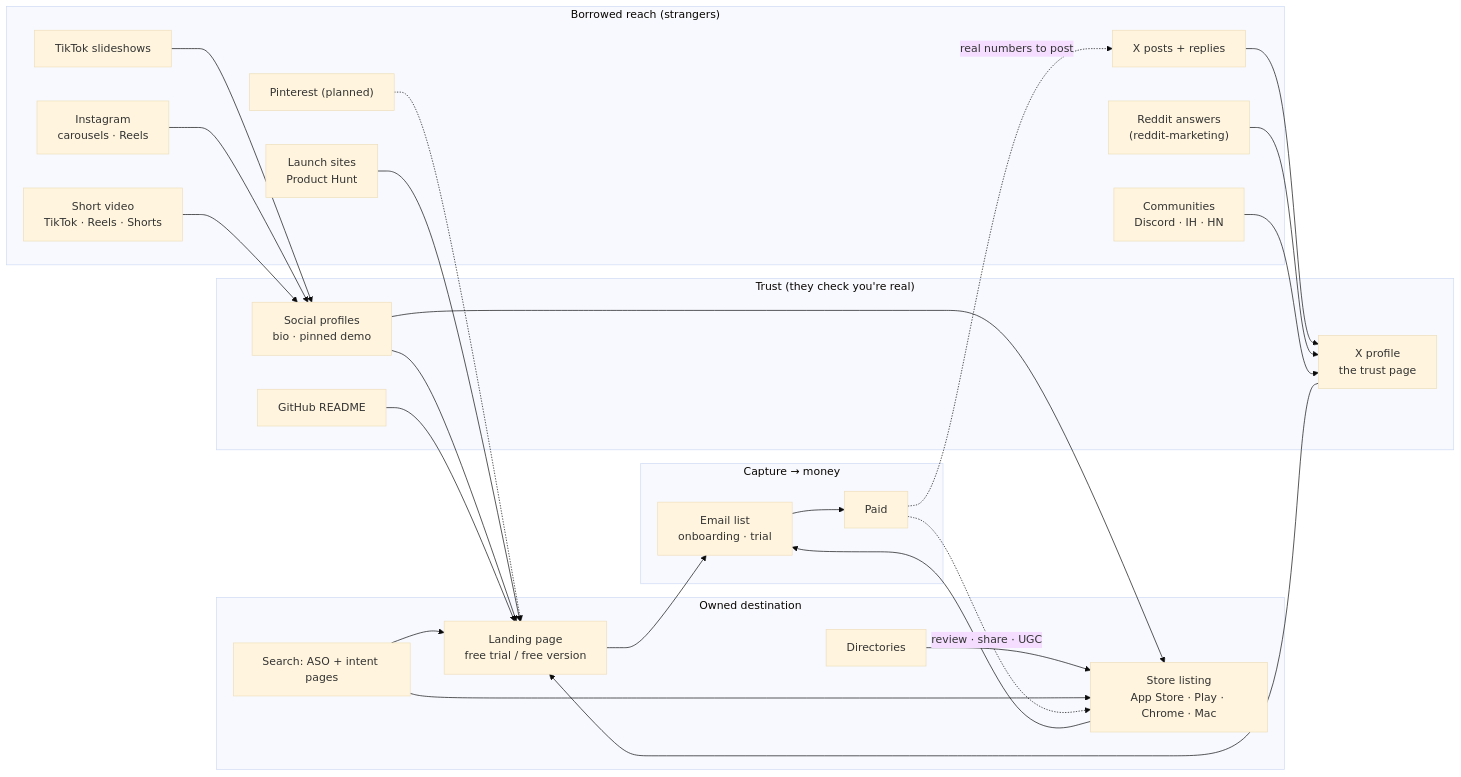
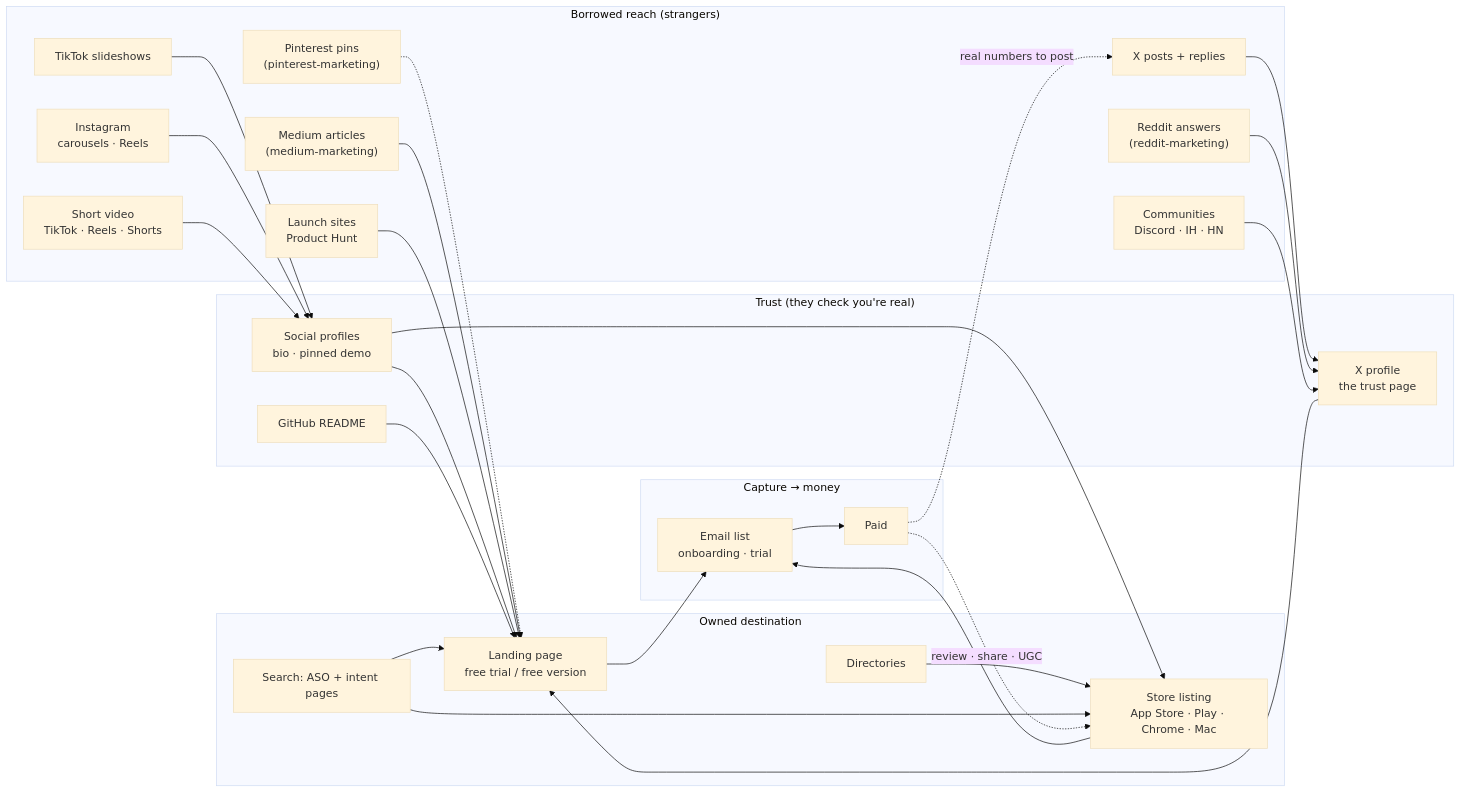
One commit to OneClickTool/product-growth-playbook changed the first of 3 diagrams in marketing/README-marketing-social.md. Above: the diagram before and after it, drawn with Mermaid (base theme). The commit also changed other lines of this file and 56 other files, not shown here.

First line of the commit message:
docs(marketing): add pinterest and medium kits and the instagram dm skill

````diff
--- a/marketing/README-marketing-social.md
+++ b/marketing/README-marketing-social.md
@@ -29,48 +30,50 @@
 ```mermaid
 flowchart LR
     subgraph REACH["Borrowed reach (strangers)"]
         TT["TikTok slideshows"]
         IG["Instagram<br/>carousels · Reels"]
         X["X posts + replies"]
         SV["Short video<br/>TikTok · Reels · Shorts"]
         RD["Reddit answers<br/>(reddit-marketing)"]
+        MD["Medium articles<br/>(medium-marketing)"]
         CM["Communities<br/>Discord · IH · HN"]
         PH["Launch sites<br/>Product Hunt"]
-        PI["Pinterest (planned)"]
+        PI["Pinterest pins<br/>(pinterest-marketing)"]
     end
     subgraph TRUST["Trust (they check you're real)"]
         PR["Social profiles<br/>bio · pinned demo"]
         XP["X profile<br/>the trust page"]
         GH["GitHub README"]
     end
     subgraph OWN["Owned destination"]
         LP["Landing page<br/>free trial / free version"]
         ST["Store listing<br/>App Store · Play · Chrome · Mac"]
         DIR["Directories"]
         SEO["Search: ASO + intent pages"]
     end
     subgraph MONEY["Capture → money"]
         EM["Email list<br/>onboarding · trial"]
         PAY["Paid"]
     end
     TT --> PR
     IG --> PR
     SV --> PR
     PI -.-> LP
     X --> XP
     RD --> XP
+    MD --> LP
     CM --> XP
     PR --> LP
     PR --> ST
     XP --> LP
     GH --> LP
     PH --> LP
     DIR --> ST
     SEO --> ST
     SEO --> LP
     LP --> EM
     ST --> EM
     EM --> PAY
     PAY -. "review · share · UGC" .-> ST
     PAY -. "real numbers to post" .-> X
 ```
````
